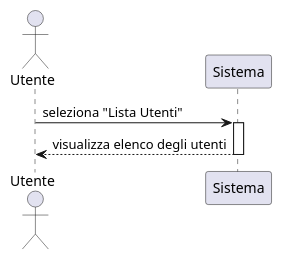
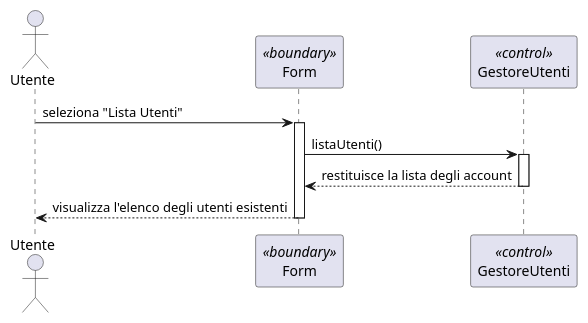
One commit to Mastronardidavide/Progetto_ing_del_software changed the diagram in documenti vari/diagrammi di sequenza/Utenti/ListaUtenti.puml. Above: the diagram before and after it, drawn with PlantUML. The commit also changed 55 other files, not shown here.

Commit message:
Correzione diagrammi di sequenza

```diff
--- a/documenti vari/diagrammi di sequenza/Utenti/ListaUtenti.puml
+++ b/documenti vari/diagrammi di sequenza/Utenti/ListaUtenti.puml
@@ -1,10 +1,17 @@
 @startuml
 actor Utente
-participant Sistema
+participant Form <<boundary>>
+participant GestoreUtenti <<control>>
 
-Utente -> Sistema : seleziona "Lista Utenti"
-activate Sistema
+Utente -> Form : seleziona "Lista Utenti"
+activate Form
 
-Sistema --> Utente : visualizza elenco degli utenti
-deactivate Sistema
+Form -> GestoreUtenti : listaUtenti()
+activate GestoreUtenti
+
+GestoreUtenti --> Form : restituisce la lista degli account
+deactivate GestoreUtenti
+
+Form --> Utente : visualizza l'elenco degli utenti esistenti
+deactivate Form
 @enduml
```
